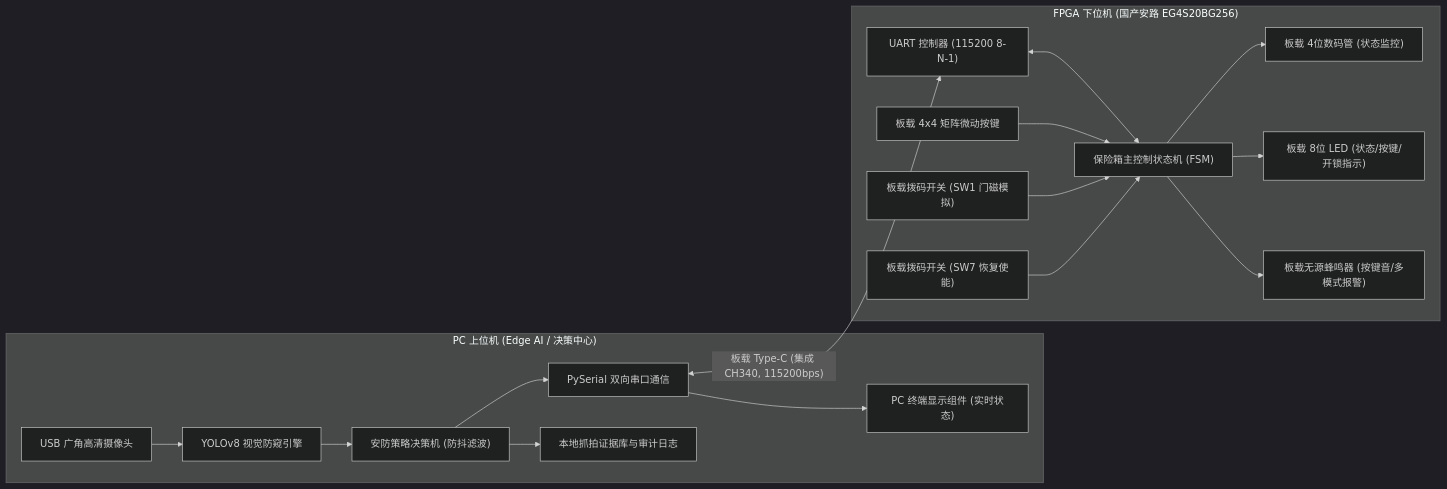
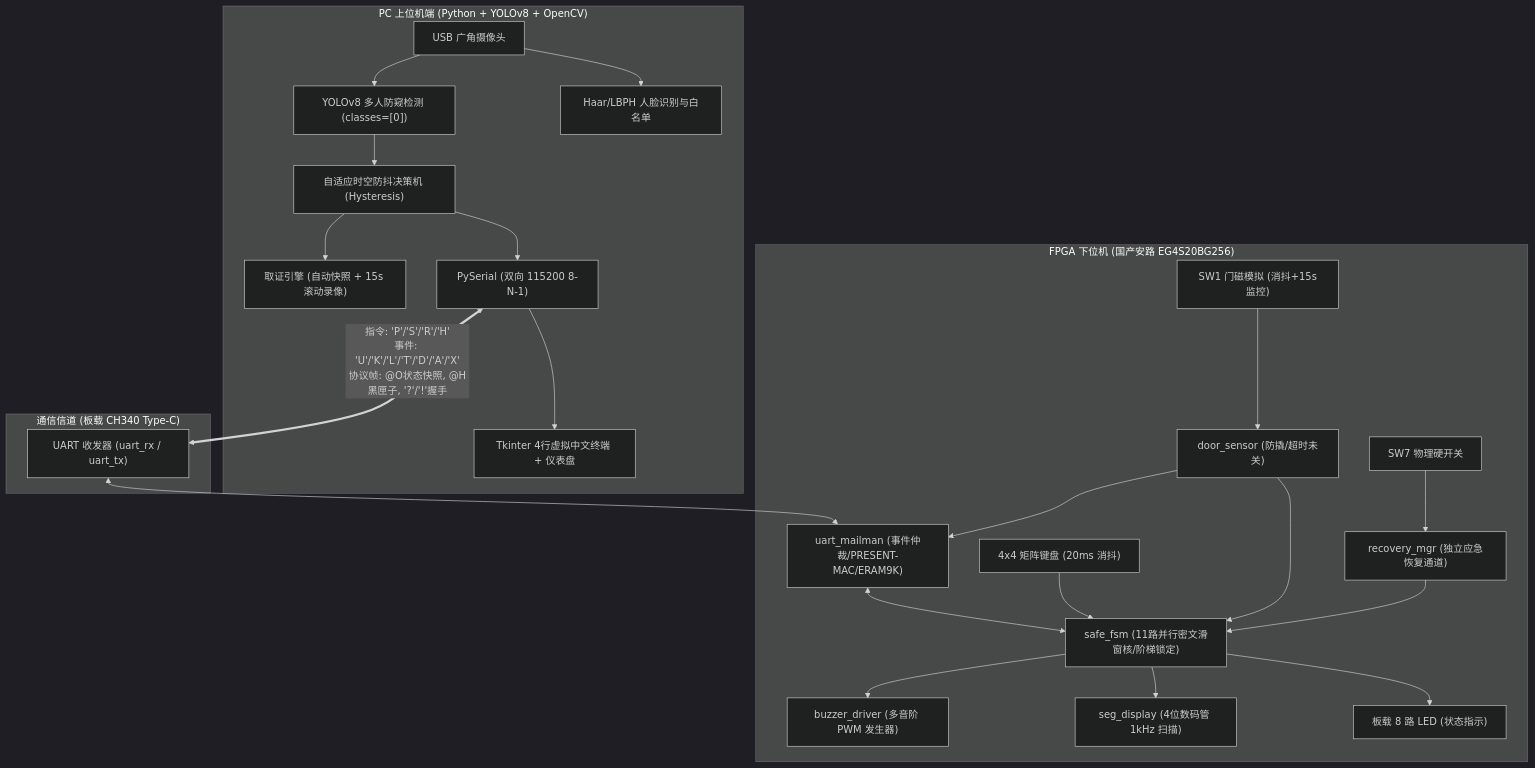
Before and after one commit to no-more-human/FPGA-AntiPeep-CipherLock: the first of 2 diagrams in README.md, drawn with Mermaid (dark theme). The commit also changed other lines of this file and 24 other files, not shown here.

````diff
--- a/README.md
+++ b/README.md
@@ -67,27 +81,32 @@
 ```mermaid
-flowchart LR
-    subgraph PC_Side ["PC 上位机 (Edge AI / 决策中心)"]
-        USB_CAM["USB 广角高清摄像头"] --> YOLO["YOLOv8 视觉防窥引擎"]
-        YOLO --> Decision["安防策略决策机 (防抖滤波)"]
-        Decision --> PY_UART["PySerial 双向串口通信"]
-        Decision --> Logger["本地抓拍证据库与审计日志"]
-        PY_UART --> Terminal_Disp["PC 终端显示组件 (实时状态)"]
+flowchart TB
+    subgraph PC_Vision ["PC 上位机端 (Python + YOLOv8 + OpenCV)"]
+        Cam["USB 广角摄像头"] --> YOLO["YOLOv8 多人防窥检测 (classes=[0])"]
+        Cam --> Face["Haar/LBPH 人脸识别与白名单"]
+        YOLO --> Decision["自适应时空防抖决策机 (Hysteresis)"]
+        Decision --> Evidence["取证引擎 (自动快照 + 15s 滚动录像)"]
+        Decision --> PyUART["PySerial (双向 115200 8-N-1)"]
+        PyUART --> UI["Tkinter 4行虚拟中文终端 + 仪表盘"]
     end
 
-    subgraph FPGA_Side ["FPGA 下位机 (国产安路 EG4S20BG256)"]
-        FPGA_UART["UART 控制器 (115200 8-N-1)"]
-        MainFSM["保险箱主控制状态机 (FSM)"]
-
-        FPGA_UART <--> MainFSM
-
-        Keypad["板载 4x4 矩阵微动按键"] --> MainFSM
-        Door_Sensor["板载拨码开关 (SW1 门磁模拟)"] --> MainFSM
-        Mode_SW["板载拨码开关 (SW7 恢复使能)"] --> MainFSM
-
-        MainFSM --> Digitron["板载 4位数码管 (状态监控)"]
-        MainFSM --> LED_Bar["板载 8位 LED (状态/按键/开锁指示)"]
-        MainFSM --> Buzzer["板载无源蜂鸣器 (按键音/多模式报警)"]
+    subgraph Channel ["通信信道 (板载 CH340 Type-C)"]
+        PyUART <==>|"指令: 'P'/'S'/'R'/'H'<br>事件: 'U'/'K'/'L'/'T'/'D'/'A'/'X'<br>协议帧: @O状态快照, @H黑匣子, '?'/'!'握手"| FPGA_UART["UART 收发器 (uart_rx / uart_tx)"]
     end
 
-    PY_UART <-->|"板载 Type-C (集成 CH340, 115200bps)"| FPGA_UART
+    subgraph FPGA_Core ["FPGA 下位机 (国产安路 EG4S20BG256)"]
+        FPGA_UART <--> Mailman["uart_mailman (事件仲裁/PRESENT-MAC/ERAM9K)"]
+        Mailman <--> SafeFSM["safe_fsm (11路并行密文滑窗核/阶梯锁定)"]
+        
+        Keypad["4x4 矩阵键盘 (20ms 消抖)"] --> SafeFSM
+        DoorSw["SW1 门磁模拟 (消抖+15s监控)"] --> DoorSensor["door_sensor (防撬/超时未关)"]
+        DoorSensor --> SafeFSM
+        DoorSensor --> Mailman
+        
+        SW7["SW7 物理硬开关"] --> RecMgr["recovery_mgr (独立应急恢复通道)"]
+        RecMgr --> SafeFSM
+
+        SafeFSM --> Buzzer["buzzer_driver (多音阶 PWM 发生器)"]
+        SafeFSM --> Seg["seg_display (4位数码管 1kHz 扫描)"]
+        SafeFSM --> LEDs["板载 8 路 LED (状态指示)"]
+    end
 ```
````
